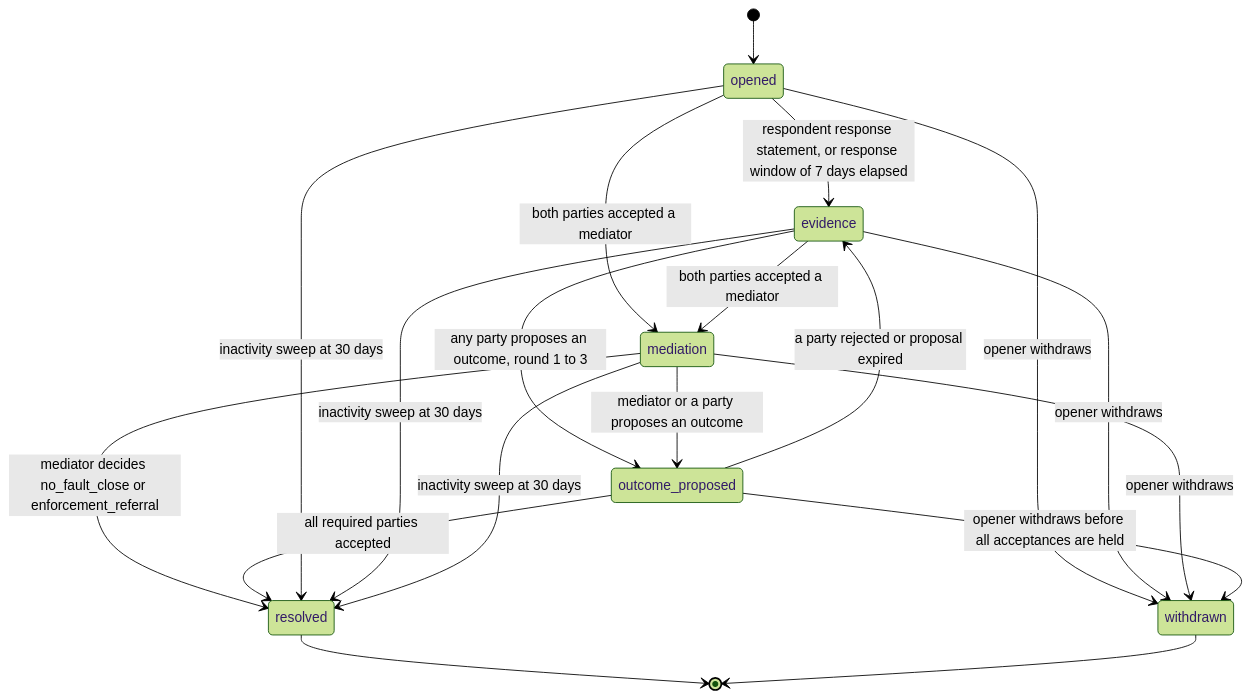
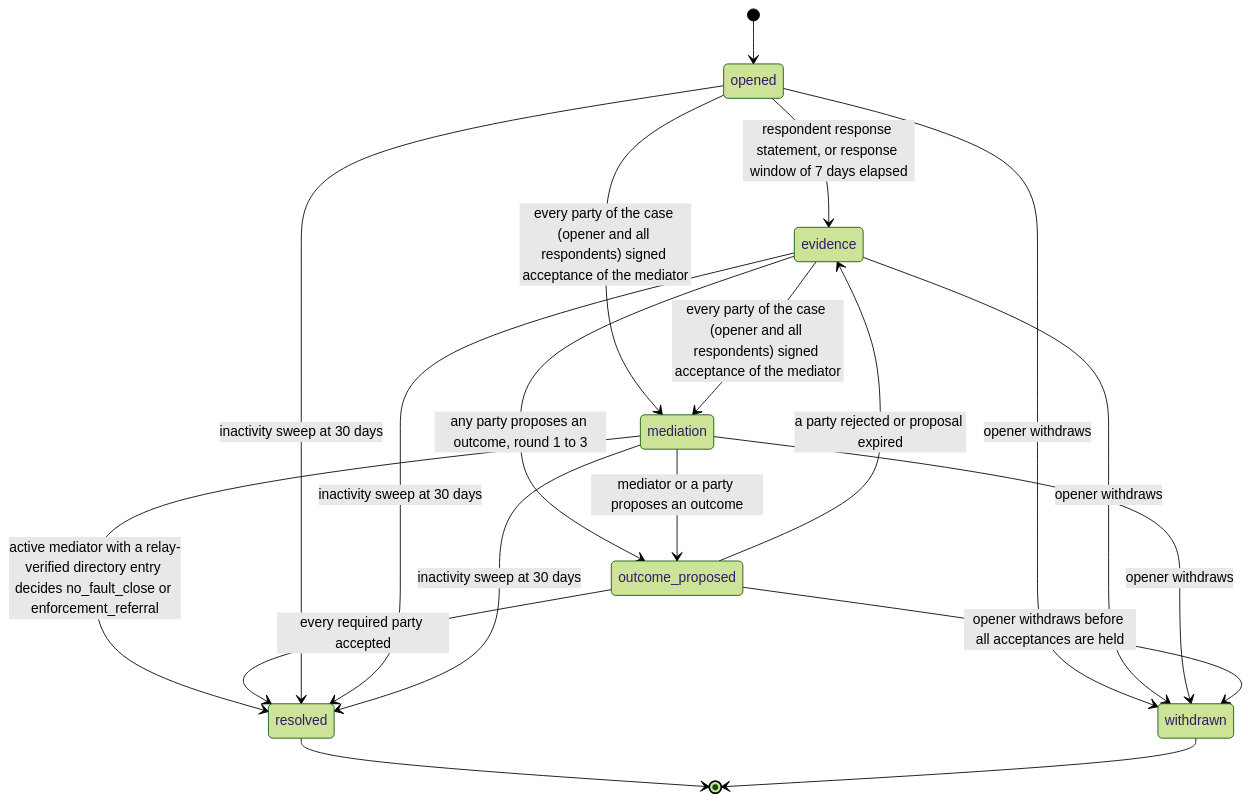
The diagram in 09_Commerce/02_settlement/mod_disputes/workflow_state_machine.md (djshellshoxxx/CLASSifiedisRUPTed), drawn with Mermaid (forest theme) before and after one commit. The commit also changed other lines of this file and 202 other files, not shown here.

````diff
--- a/09_Commerce/02_settlement/mod_disputes/workflow_state_machine.md
+++ b/09_Commerce/02_settlement/mod_disputes/workflow_state_machine.md
@@ -38,21 +39,21 @@
 ```mermaid
 stateDiagram-v2
   [*] --> opened
   opened --> evidence: respondent response statement, or response window of 7 days elapsed
-  opened --> mediation: both parties accepted a mediator
-  evidence --> mediation: both parties accepted a mediator
+  opened --> mediation: every party of the case (opener and all respondents) signed acceptance of the mediator
+  evidence --> mediation: every party of the case (opener and all respondents) signed acceptance of the mediator
   evidence --> outcome_proposed: any party proposes an outcome, round 1 to 3
   mediation --> outcome_proposed: mediator or a party proposes an outcome
-  mediation --> resolved: mediator decides no_fault_close or enforcement_referral
-  outcome_proposed --> resolved: all required parties accepted
+  mediation --> resolved: active mediator with a relay-verified directory entry decides no_fault_close or enforcement_referral
+  outcome_proposed --> resolved: every required party accepted
   outcome_proposed --> evidence: a party rejected or proposal expired
   opened --> withdrawn: opener withdraws
   evidence --> withdrawn: opener withdraws
   mediation --> withdrawn: opener withdraws
   outcome_proposed --> withdrawn: opener withdraws before all acceptances are held
   opened --> resolved: inactivity sweep at 30 days
   evidence --> resolved: inactivity sweep at 30 days
   mediation --> resolved: inactivity sweep at 30 days
   resolved --> [*]
   withdrawn --> [*]
 ```
````
